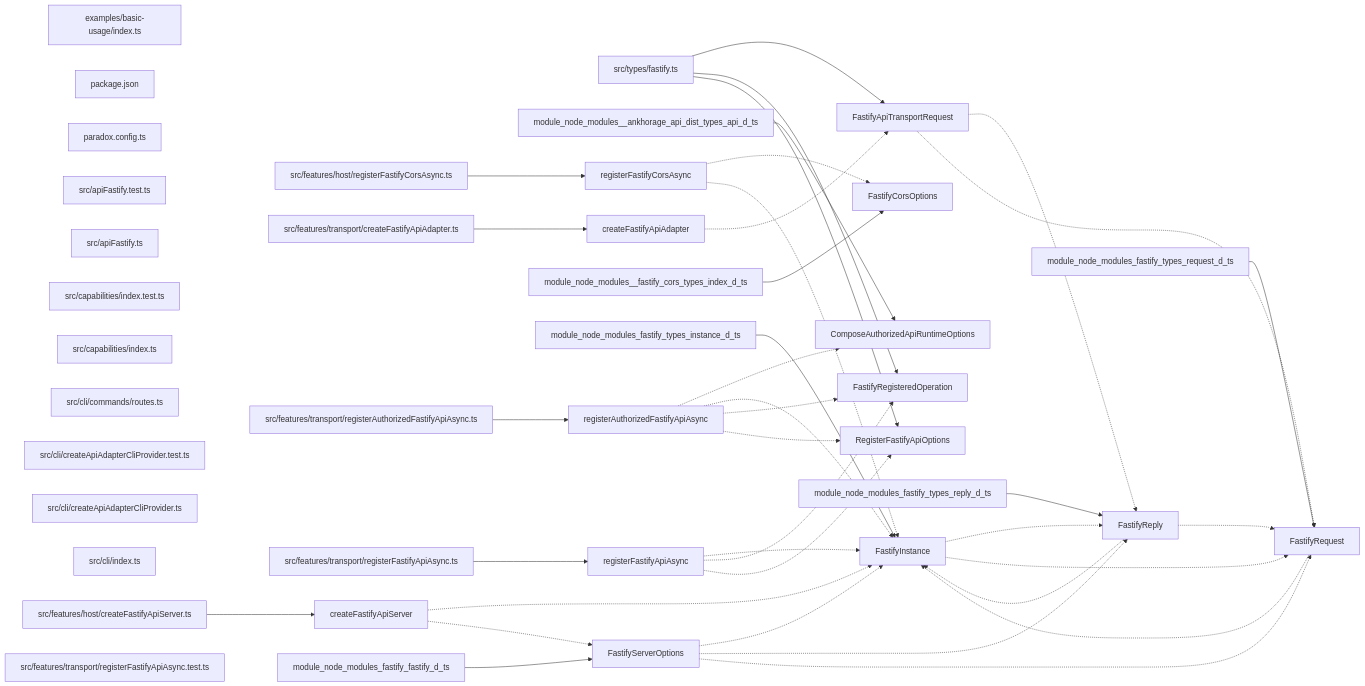
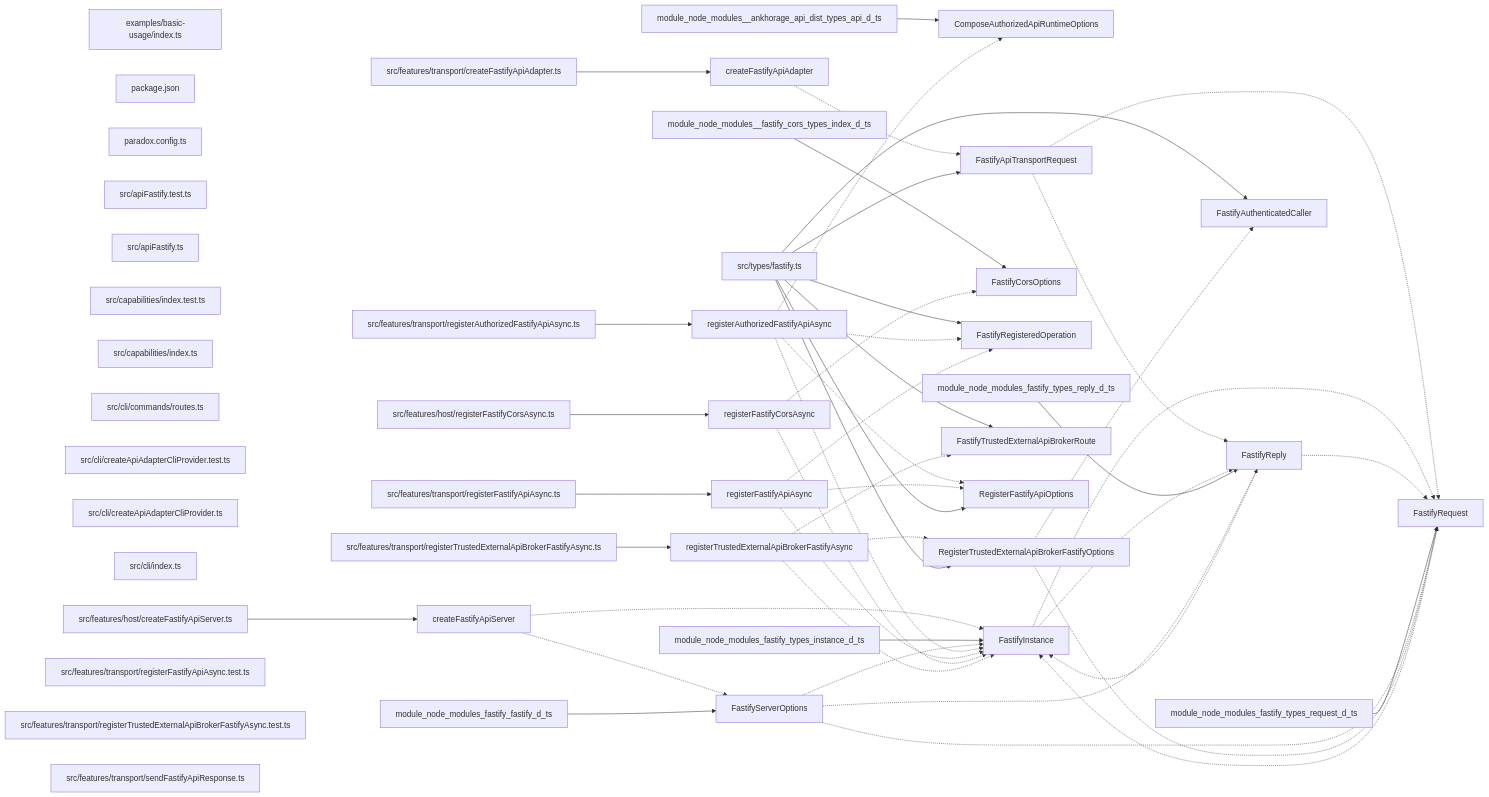
The diagram in paradox/diagrams/export-graph.mmd (ankhorage/api-fastify), drawn with Mermaid before and after one commit. The commit also changed 18 other files, not shown here.

Commit message:
feat(host): add deployable generated-app broker transport

```diff
--- a/paradox/diagrams/export-graph.mmd
+++ b/paradox/diagrams/export-graph.mmd
@@ -1,69 +1,85 @@
 graph LR
   module_examples_basic_usage_index_ts["examples/basic-usage/index.ts"]
   module_package_json["package.json"]
   module_paradox_config_ts["paradox.config.ts"]
   module_src_apiFastify_test_ts["src/apiFastify.test.ts"]
   module_src_apiFastify_ts["src/apiFastify.ts"]
   module_src_capabilities_index_test_ts["src/capabilities/index.test.ts"]
   module_src_capabilities_index_ts["src/capabilities/index.ts"]
   module_src_cli_commands_routes_ts["src/cli/commands/routes.ts"]
   module_src_cli_createApiAdapterCliProvider_test_ts["src/cli/createApiAdapterCliProvider.test.ts"]
   module_src_cli_createApiAdapterCliProvider_ts["src/cli/createApiAdapterCliProvider.ts"]
   module_src_cli_index_ts["src/cli/index.ts"]
   module_src_features_host_createFastifyApiServer_ts["src/features/host/createFastifyApiServer.ts"]
   module_src_features_host_registerFastifyCorsAsync_ts["src/features/host/registerFastifyCorsAsync.ts"]
   module_src_features_transport_createFastifyApiAdapter_ts["src/features/transport/createFastifyApiAdapter.ts"]
   module_src_features_transport_registerAuthorizedFastifyApiAsync_ts["src/features/transport/registerAuthorizedFastifyApiAsync.ts"]
   module_src_features_transport_registerFastifyApiAsync_test_ts["src/features/transport/registerFastifyApiAsync.test.ts"]
   module_src_features_transport_registerFastifyApiAsync_ts["src/features/transport/registerFastifyApiAsync.ts"]
+  module_src_features_transport_registerTrustedExternalApiBrokerFastifyAsync_test_ts["src/features/transport/registerTrustedExternalApiBrokerFastifyAsync.test.ts"]
+  module_src_features_transport_registerTrustedExternalApiBrokerFastifyAsync_ts["src/features/transport/registerTrustedExternalApiBrokerFastifyAsync.ts"]
+  module_src_features_transport_sendFastifyApiResponse_ts["src/features/transport/sendFastifyApiResponse.ts"]
   module_src_types_fastify_ts["src/types/fastify.ts"]
   export_ComposeAuthorizedApiRuntimeOptions["ComposeAuthorizedApiRuntimeOptions"]
   module_node_modules__ankhorage_api_dist_types_api_d_ts --> export_ComposeAuthorizedApiRuntimeOptions
   export_createFastifyApiAdapter["createFastifyApiAdapter"]
   module_src_features_transport_createFastifyApiAdapter_ts --> export_createFastifyApiAdapter
   export_createFastifyApiAdapter -.-> export_FastifyApiTransportRequest
   export_createFastifyApiServer["createFastifyApiServer"]
   module_src_features_host_createFastifyApiServer_ts --> export_createFastifyApiServer
   export_createFastifyApiServer -.-> export_FastifyInstance
   export_createFastifyApiServer -.-> export_FastifyServerOptions
   export_FastifyApiTransportRequest["FastifyApiTransportRequest"]
   module_src_types_fastify_ts --> export_FastifyApiTransportRequest
   export_FastifyApiTransportRequest -.-> export_FastifyReply
   export_FastifyApiTransportRequest -.-> export_FastifyRequest
+  export_FastifyAuthenticatedCaller["FastifyAuthenticatedCaller"]
+  module_src_types_fastify_ts --> export_FastifyAuthenticatedCaller
   export_FastifyCorsOptions["FastifyCorsOptions"]
   module_node_modules__fastify_cors_types_index_d_ts --> export_FastifyCorsOptions
   export_FastifyInstance["FastifyInstance"]
   module_node_modules_fastify_types_instance_d_ts --> export_FastifyInstance
   export_FastifyInstance -.-> export_FastifyReply
   export_FastifyInstance -.-> export_FastifyRequest
   export_FastifyRegisteredOperation["FastifyRegisteredOperation"]
   module_src_types_fastify_ts --> export_FastifyRegisteredOperation
   export_FastifyReply["FastifyReply"]
   module_node_modules_fastify_types_reply_d_ts --> export_FastifyReply
   export_FastifyReply -.-> export_FastifyInstance
   export_FastifyReply -.-> export_FastifyRequest
   export_FastifyRequest["FastifyRequest"]
   module_node_modules_fastify_types_request_d_ts --> export_FastifyRequest
   export_FastifyRequest -.-> export_FastifyInstance
   export_FastifyServerOptions["FastifyServerOptions"]
   module_node_modules_fastify_fastify_d_ts --> export_FastifyServerOptions
   export_FastifyServerOptions -.-> export_FastifyInstance
   export_FastifyServerOptions -.-> export_FastifyReply
   export_FastifyServerOptions -.-> export_FastifyRequest
+  export_FastifyTrustedExternalApiBrokerRoute["FastifyTrustedExternalApiBrokerRoute"]
+  module_src_types_fastify_ts --> export_FastifyTrustedExternalApiBrokerRoute
   export_registerAuthorizedFastifyApiAsync["registerAuthorizedFastifyApiAsync"]
   module_src_features_transport_registerAuthorizedFastifyApiAsync_ts --> export_registerAuthorizedFastifyApiAsync
   export_registerAuthorizedFastifyApiAsync -.-> export_ComposeAuthorizedApiRuntimeOptions
   export_registerAuthorizedFastifyApiAsync -.-> export_FastifyInstance
   export_registerAuthorizedFastifyApiAsync -.-> export_FastifyRegisteredOperation
   export_registerAuthorizedFastifyApiAsync -.-> export_RegisterFastifyApiOptions
   export_registerFastifyApiAsync["registerFastifyApiAsync"]
   module_src_features_transport_registerFastifyApiAsync_ts --> export_registerFastifyApiAsync
   export_registerFastifyApiAsync -.-> export_FastifyInstance
   export_registerFastifyApiAsync -.-> export_FastifyRegisteredOperation
   export_registerFastifyApiAsync -.-> export_RegisterFastifyApiOptions
   export_RegisterFastifyApiOptions["RegisterFastifyApiOptions"]
   module_src_types_fastify_ts --> export_RegisterFastifyApiOptions
   export_registerFastifyCorsAsync["registerFastifyCorsAsync"]
   module_src_features_host_registerFastifyCorsAsync_ts --> export_registerFastifyCorsAsync
   export_registerFastifyCorsAsync -.-> export_FastifyCorsOptions
   export_registerFastifyCorsAsync -.-> export_FastifyInstance
+  export_registerTrustedExternalApiBrokerFastifyAsync["registerTrustedExternalApiBrokerFastifyAsync"]
+  module_src_features_transport_registerTrustedExternalApiBrokerFastifyAsync_ts --> export_registerTrustedExternalApiBrokerFastifyAsync
+  export_registerTrustedExternalApiBrokerFastifyAsync -.-> export_FastifyInstance
+  export_registerTrustedExternalApiBrokerFastifyAsync -.-> export_FastifyTrustedExternalApiBrokerRoute
+  export_registerTrustedExternalApiBrokerFastifyAsync -.-> export_RegisterTrustedExternalApiBrokerFastifyOptions
+  export_RegisterTrustedExternalApiBrokerFastifyOptions["RegisterTrustedExternalApiBrokerFastifyOptions"]
+  module_src_types_fastify_ts --> export_RegisterTrustedExternalApiBrokerFastifyOptions
+  export_RegisterTrustedExternalApiBrokerFastifyOptions -.-> export_FastifyAuthenticatedCaller
+  export_RegisterTrustedExternalApiBrokerFastifyOptions -.-> export_FastifyRequest
```
